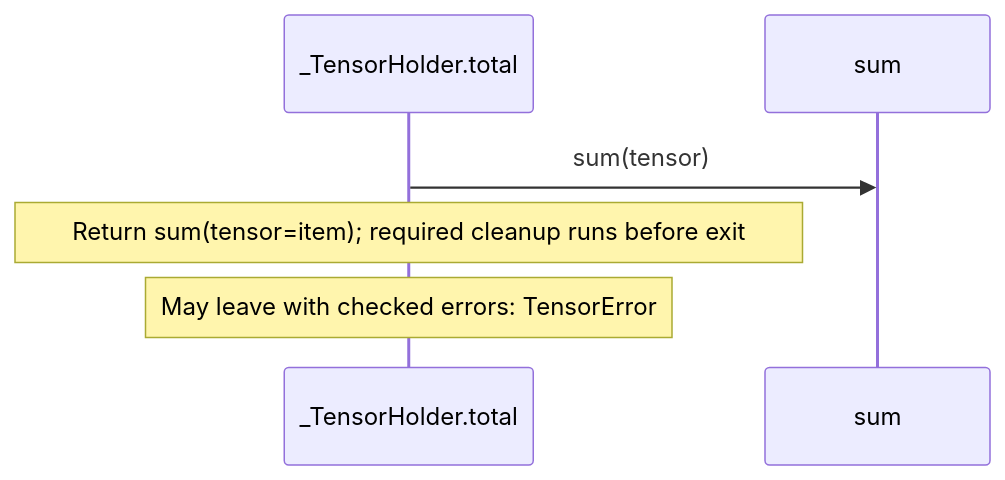
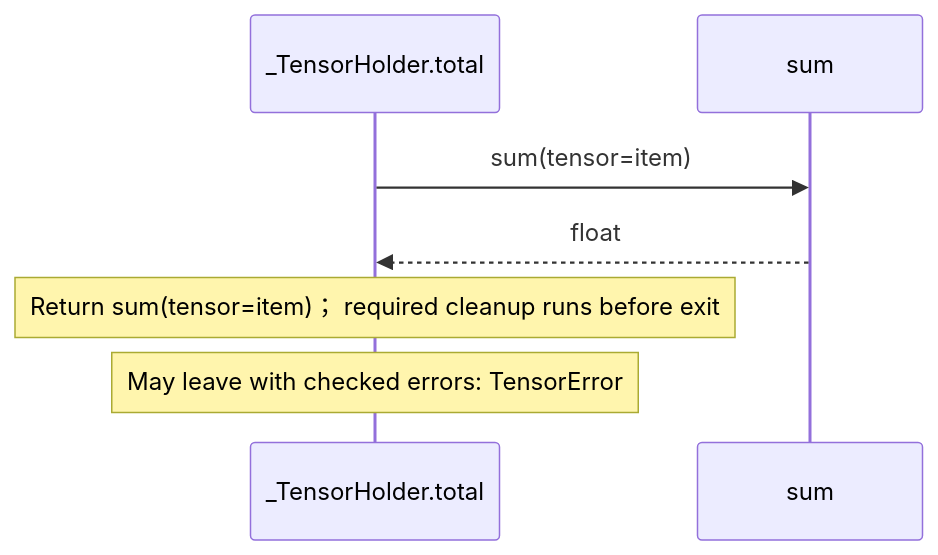
The eighth of 8 diagrams in docs/examples/native-pytorch/dependencies/packages/@greenpandastudios/aug-pytorch/0.1.6/api-diagrams.md (GreenPandaStudios/augscript), drawn with Mermaid before and after one commit. The commit also changed other lines of this file and 524 other files, not shown here.

Commit message:
Explain checked data flow at folder and service levels

````diff
--- a/docs/examples/native-pytorch/dependencies/packages/@greenpandastudios/aug-pytorch/0.1.6/api-diagrams.md
+++ b/docs/examples/native-pytorch/dependencies/packages/@greenpandastudios/aug-pytorch/0.1.6/api-diagrams.md
@@ -270,8 +225,9 @@
 ```mermaid
 sequenceDiagram
     participant p0 as _TensorHolder.total
     participant p1 as sum
-    p0->>p1: sum(tensor)
-    Note over p0: Return sum(tensor=item)#59; required cleanup runs before exit
+    p0->>p1: sum(tensor=item)
+    p1-->>p0: float
+    Note over p0: Return sum(tensor=item)； required cleanup runs before exit
     Note over p0: May leave with checked errors: TensorError
 ```
````
